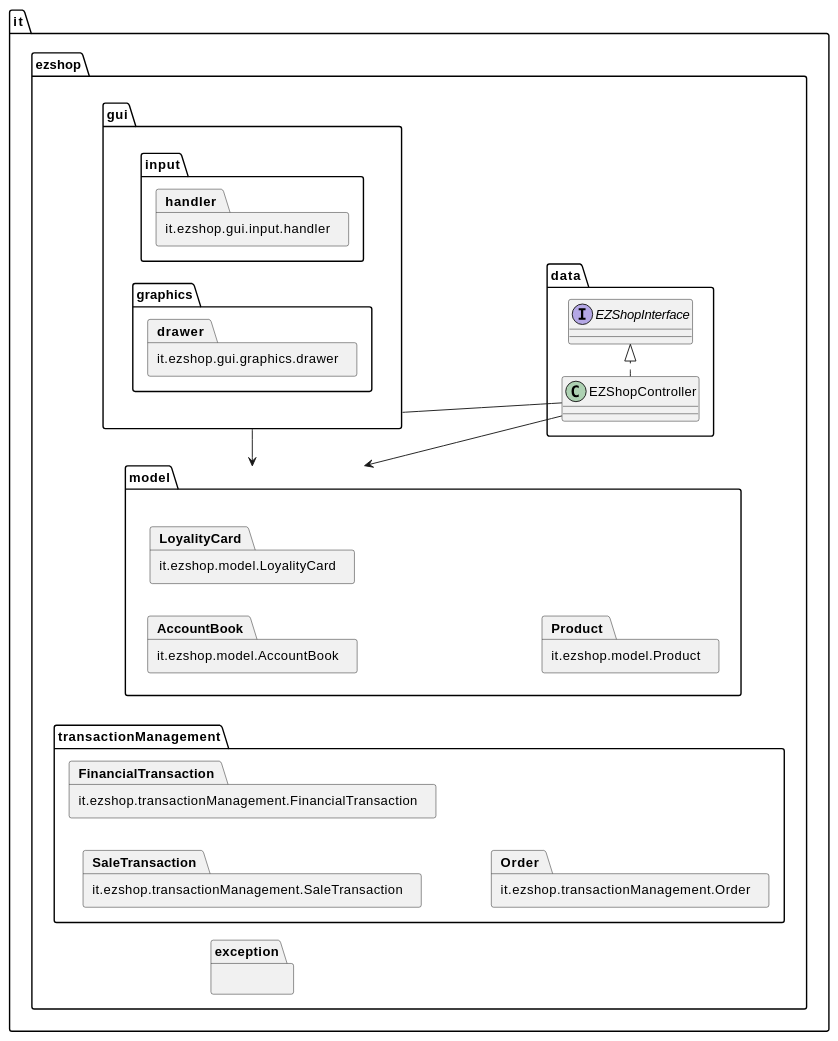
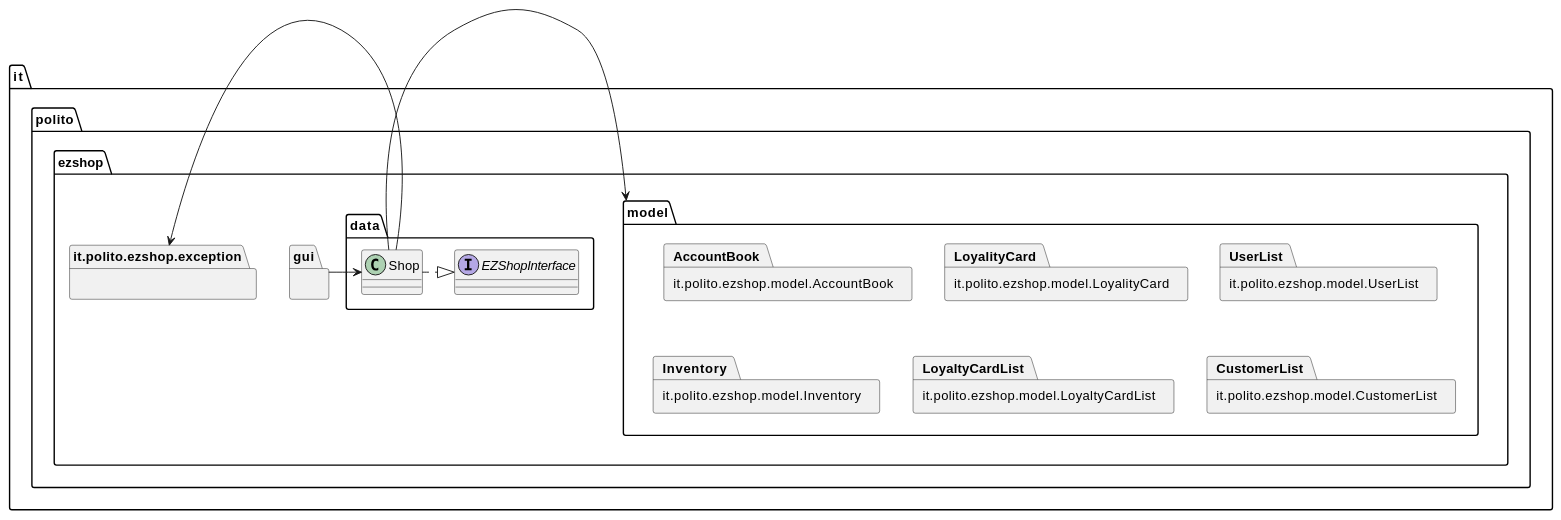
The first of 12 diagrams in Deliverables/DesignDocument.md (mkexc/ezshop), drawn with PlantUML before and after one commit. The commit also changed other lines of this file and 2 other files, not shown here.

````diff
--- a/Deliverables/DesignDocument.md
+++ b/Deliverables/DesignDocument.md
@@ -30,40 +25,32 @@
 ```plantuml
 @startuml
-left to right direction
+top to bottom direction
 allow_mixing
 
-package it.ezshop {
-    package it.ezshop.gui {
-        package it.ezshop.gui.input {
-            package it.ezshop.gui.input.handler
-        }
-        package it.ezshop.gui.graphics {
-            package it.ezshop.gui.graphics.drawer
-        }
+package it.polito.ezshop {
+    package it.polito.ezshop.gui {
     }
-    package it.ezshop.exception {
-        
+    
+    package it.polito.ezshop.exception {}
+    
+    package it.polito.ezshop.model {
+        package it.polito.ezshop.model.AccountBook
+        package it.polito.ezshop.model.LoyalityCard
+        package it.polito.ezshop.model.UserList
+        package it.polito.ezshop.model.Inventory
+        package it.polito.ezshop.model.LoyaltyCardList
+        package it.polito.ezshop.model.CustomerList
+        package it.polito.ezshop.model.AccountBook
     }
-    package it.ezshop.model {
-        package it.ezshop.model.AccountBook
-        package it.ezshop.model.LoyalityCard
-        package it.ezshop.model.Product
-    }
-    package it.ezshop.data {
-        interface it.ezshop.data.EZShopInterface
-        class it.ezshop.data.EZShopController
-    }
-    package it.ezshop.transactionManagement {
-        package it.ezshop.transactionManagement.SaleTransaction
-        package it.ezshop.transactionManagement.FinancialTransaction
-        package it.ezshop.transactionManagement.Order
+    package it.polito.ezshop.data {
+        interface it.polito.ezshop.data.EZShopInterface
+        class it.polito.ezshop.data.Shop
     }
 }
 
-it.ezshop.data.EZShopController .|> it.ezshop.data.EZShopInterface
-it.ezshop.gui -- it.ezshop.data.EZShopController
-it.ezshop.model <- it.ezshop.data.EZShopController
-it.ezshop.model <- it.ezshop.gui
-
+it.polito.ezshop.data.Shop .|> it.polito.ezshop.data.EZShopInterface
+it.polito.ezshop.model <- it.polito.ezshop.data.Shop
+it.polito.ezshop.data.Shop <- it.polito.ezshop.gui
+it.polito.ezshop.exception <- it.polito.ezshop.data.Shop
 @enduml
 ```
````
